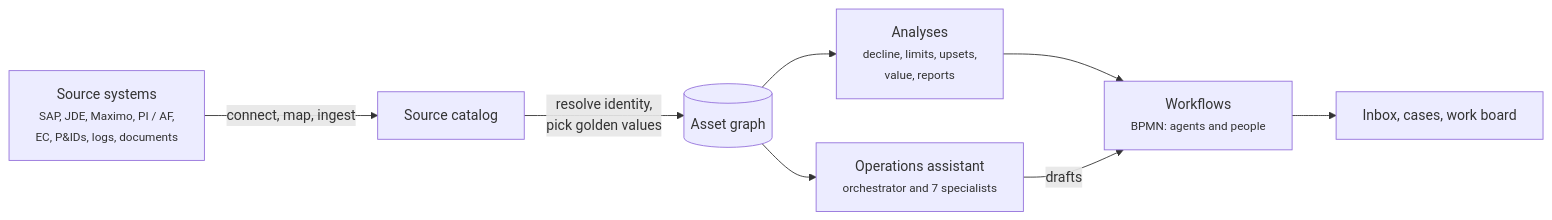
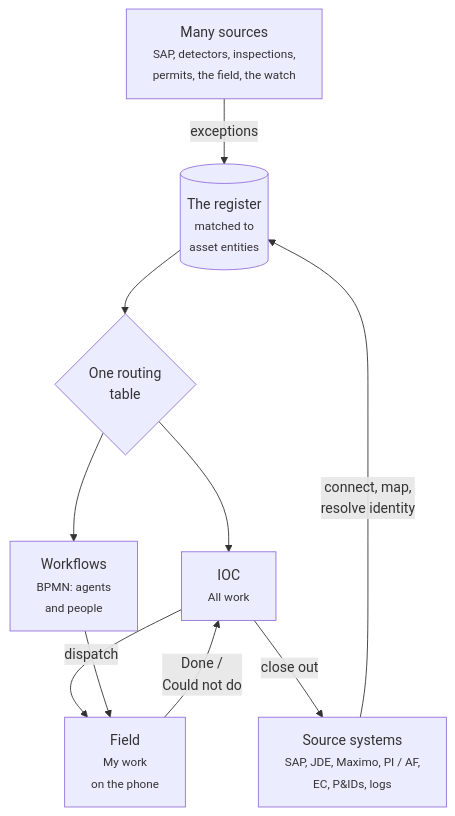
The diagram in docs/index.md (areed145/fuzer), drawn with Mermaid before and after one commit. The commit also changed other lines of this file and 11 other files, not shown here.

````diff
--- a/docs/index.md
+++ b/docs/index.md
@@ -23,10 +43,12 @@
 ```mermaid
-flowchart LR
-  src["Source systems<br><small>SAP, JDE, Maximo, PI / AF,<br>EC, P&IDs, logs, documents</small>"] -->|connect, map, ingest| cat["Source catalog"]
-  cat -->|resolve identity,<br>pick golden values| ag[("Asset graph")]
-  ag --> ana["Analyses<br><small>decline, limits, upsets,<br>value, reports</small>"]
-  ag --> ask["Operations assistant<br><small>orchestrator and 7 specialists</small>"]
-  ana --> wf["Workflows<br><small>BPMN: agents and people</small>"]
-  ask -->|drafts| wf
-  wf --> ppl["Inbox, cases, work board"]
+flowchart TB
+  src["Many sources<br><small>SAP, detectors, inspections,<br>permits, the field, the watch</small>"] -->|exceptions| reg[("The register<br><small>matched to<br>asset entities</small>")]
+  sys["Source systems<br><small>SAP, JDE, Maximo, PI / AF,<br>EC, P&IDs, logs</small>"] -->|"connect, map,<br>resolve identity"| reg
+  reg --> route{"One routing<br>table"}
+  route --> ioc["IOC<br><small>All work</small>"]
+  route --> wf["Workflows<br><small>BPMN: agents<br>and people</small>"]
+  ioc -->|dispatch| field["Field<br><small>My work<br>on the phone</small>"]
+  wf --> field
+  field -->|"Done /<br>Could not do"| ioc
+  ioc -->|close out| sys
 ```
````
